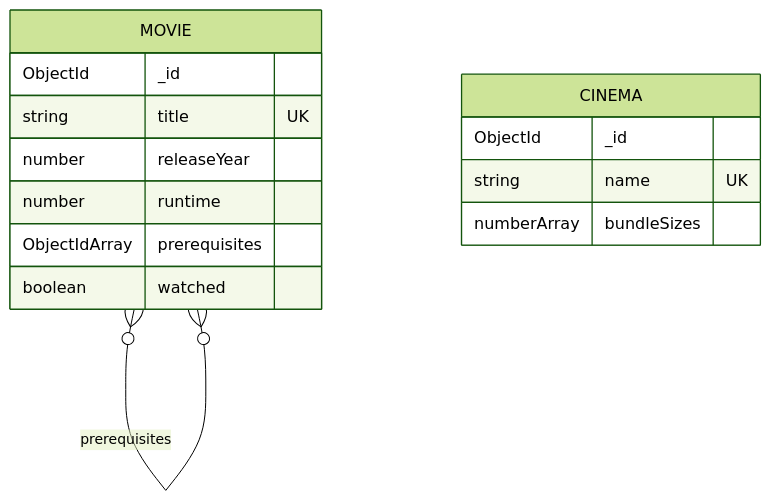
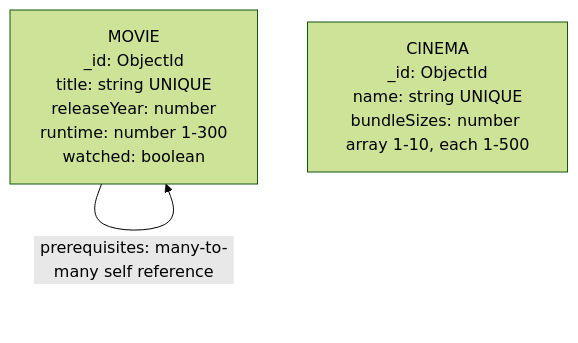
One commit to salauddin-sumon/Doomsday-Ready changed the diagram in README.md. Above: the diagram before and after it, drawn with Mermaid (forest theme). The commit also changed other lines of this file, not shown here.

````diff
--- a/README.md
+++ b/README.md
@@ -96,17 +117,6 @@
 ```mermaid
-erDiagram
-    MOVIE {
-        ObjectId _id
-        string title UK
-        number releaseYear
-        number runtime
-        ObjectIdArray prerequisites
-        boolean watched
-    }
-    CINEMA {
-        ObjectId _id
-        string name UK
-        numberArray bundleSizes
-    }
-    MOVIE }o--o{ MOVIE : "prerequisites"
+flowchart TD
+    M["MOVIE<br/>_id: ObjectId<br/>title: string UNIQUE<br/>releaseYear: number<br/>runtime: number 1-300<br/>watched: boolean"]
+    C["CINEMA<br/>_id: ObjectId<br/>name: string UNIQUE<br/>bundleSizes: number array 1-10, each 1-500"]
+    M -->|"prerequisites: many-to-many self reference"| M
 ```
````
